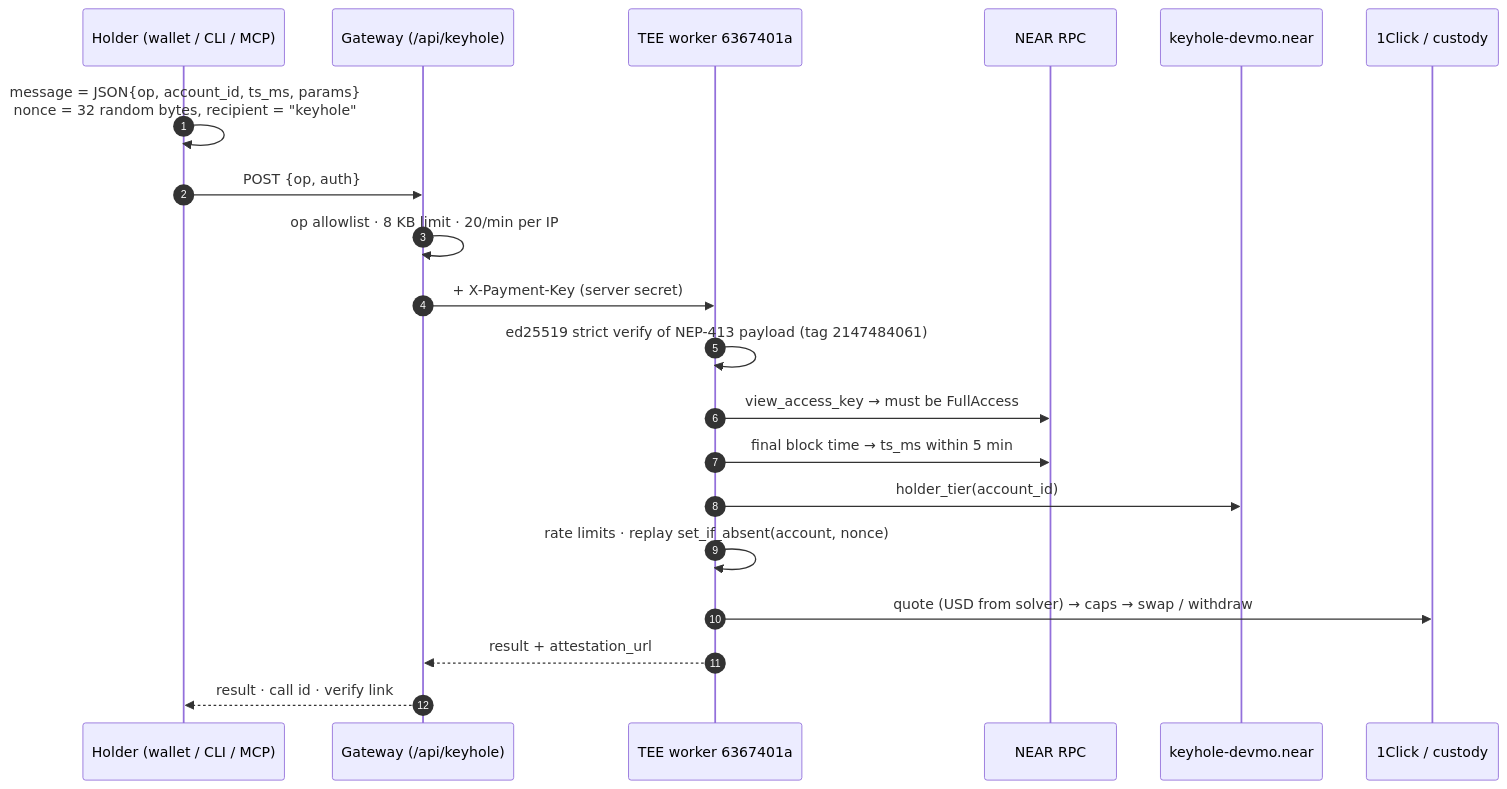
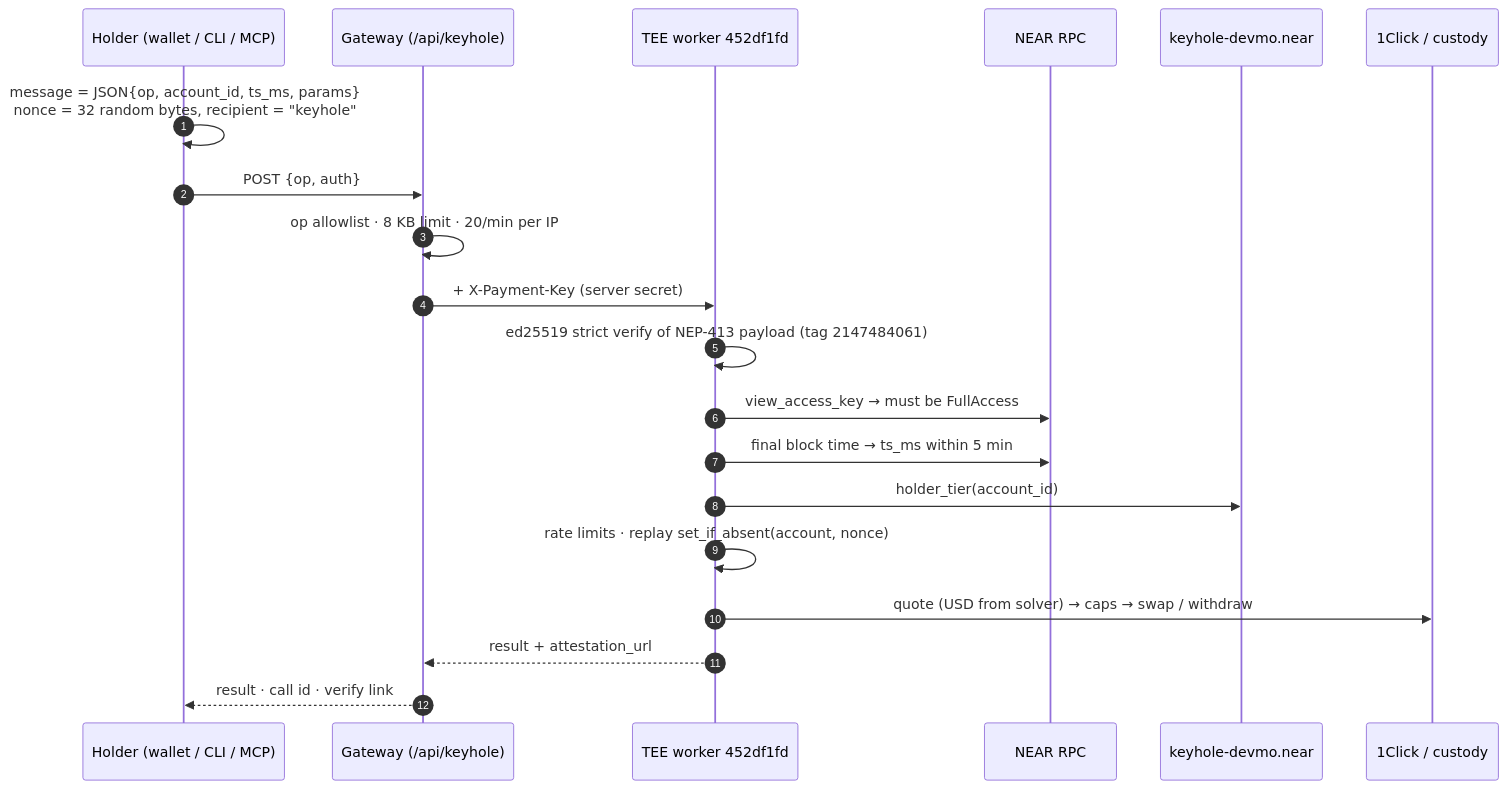
Before and after one commit to mohamedwael201193/keyhole: the second of 2 diagrams in README.md, drawn with Mermaid. The commit also changed other lines of this file and 16 other files, not shown here.

````diff
--- a/README.md
+++ b/README.md
@@ -247,22 +248,22 @@
 ```mermaid
 sequenceDiagram
   autonumber
   participant U as Holder (wallet / CLI / MCP)
   participant G as Gateway (/api/keyhole)
-  participant T as TEE worker 6367401a
+  participant T as TEE worker 452df1fd
   participant R as NEAR RPC
   participant K as keyhole-devmo.near
   participant X as 1Click / custody
   U->>U: message = JSON{op, account_id, ts_ms, params}<br/>nonce = 32 random bytes, recipient = "keyhole"
   U->>G: POST {op, auth}
   G->>G: op allowlist · 8 KB limit · 20/min per IP
   G->>T: + X-Payment-Key (server secret)
   T->>T: ed25519 strict verify of NEP-413 payload (tag 2147484061)
   T->>R: view_access_key → must be FullAccess
   T->>R: final block time → ts_ms within 5 min
   T->>K: holder_tier(account_id)
   T->>T: rate limits · replay set_if_absent(account, nonce)
   T->>X: quote (USD from solver) → caps → swap / withdraw
   T-->>G: result + attestation_url
   G-->>U: result · call id · verify link
 ```
````
